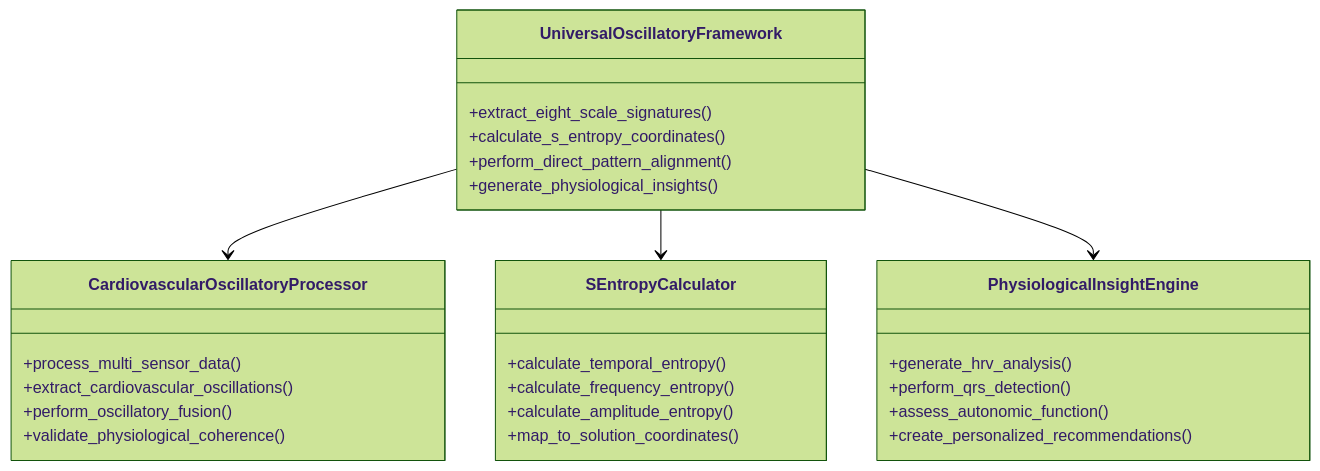
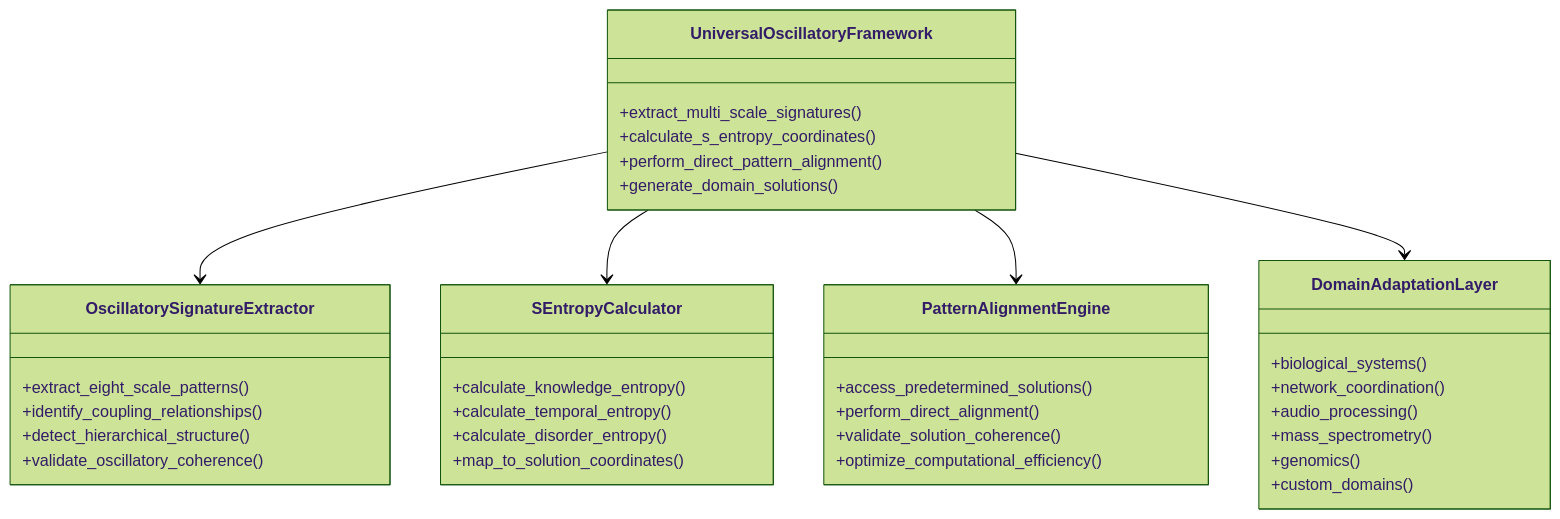
One commit to fullscreen-triangle/huygens changed the fourth of 6 diagrams in README.md. Above: the diagram before and after it, drawn with Mermaid (forest theme). The commit also changed other lines of this file and 16 other files, not shown here.

````diff
--- a/README.md
+++ b/README.md
@@ -132,34 +94,44 @@
 ```mermaid
 classDiagram
     class UniversalOscillatoryFramework {
-        +extract_eight_scale_signatures()
+        +extract_multi_scale_signatures()
         +calculate_s_entropy_coordinates()
         +perform_direct_pattern_alignment()
-        +generate_physiological_insights()
+        +generate_domain_solutions()
     }
     
-    class CardiovascularOscillatoryProcessor {
-        +process_multi_sensor_data()
-        +extract_cardiovascular_oscillations()
-        +perform_oscillatory_fusion()
-        +validate_physiological_coherence()
+    class OscillatorySignatureExtractor {
+        +extract_eight_scale_patterns()
+        +identify_coupling_relationships()
+        +detect_hierarchical_structure()
+        +validate_oscillatory_coherence()
     }
     
     class SEntropyCalculator {
+        +calculate_knowledge_entropy()
         +calculate_temporal_entropy()
-        +calculate_frequency_entropy()
-        +calculate_amplitude_entropy()
+        +calculate_disorder_entropy()
         +map_to_solution_coordinates()
     }
     
-    class PhysiologicalInsightEngine {
-        +generate_hrv_analysis()
-        +perform_qrs_detection()
-        +assess_autonomic_function()
-        +create_personalized_recommendations()
+    class PatternAlignmentEngine {
+        +access_predetermined_solutions()
+        +perform_direct_alignment()
+        +validate_solution_coherence()
+        +optimize_computational_efficiency()
     }
     
-    UniversalOscillatoryFramework --> CardiovascularOscillatoryProcessor
+    class DomainAdaptationLayer {
+        +biological_systems()
+        +network_coordination()
+        +audio_processing()
+        +mass_spectrometry()
+        +genomics()
+        +custom_domains()
+    }
+    
+    UniversalOscillatoryFramework --> OscillatorySignatureExtractor
     UniversalOscillatoryFramework --> SEntropyCalculator
-    UniversalOscillatoryFramework --> PhysiologicalInsightEngine
+    UniversalOscillatoryFramework --> PatternAlignmentEngine
+    UniversalOscillatoryFramework --> DomainAdaptationLayer
 ```
````
